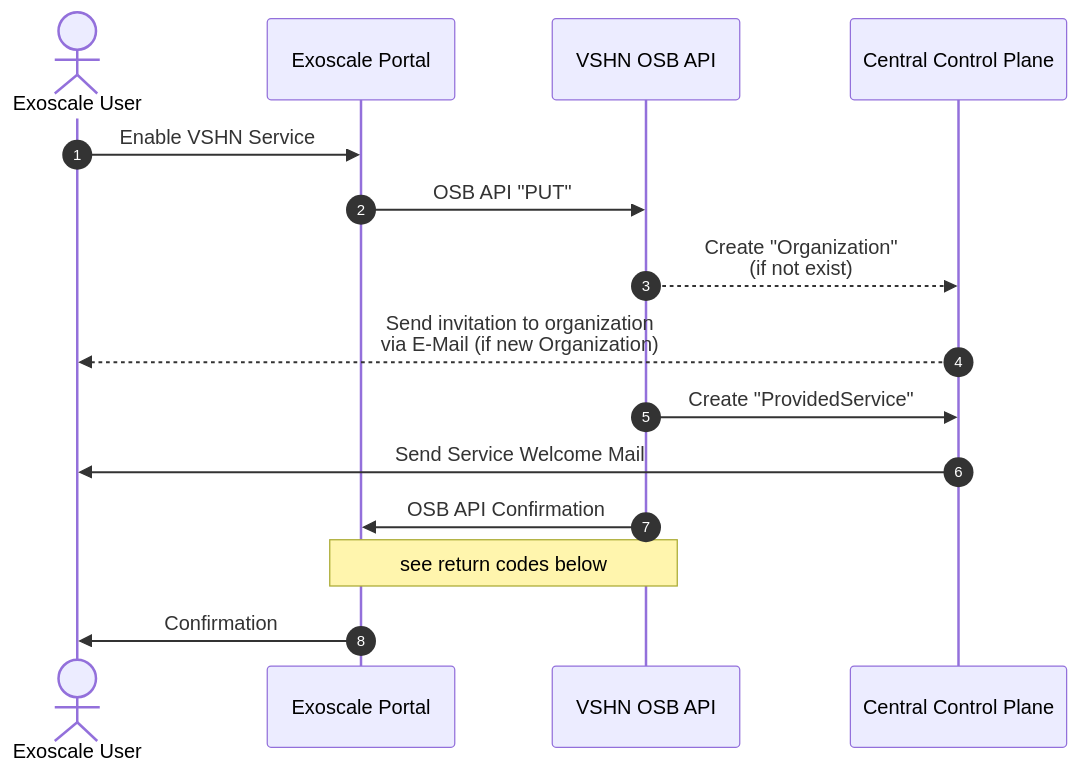
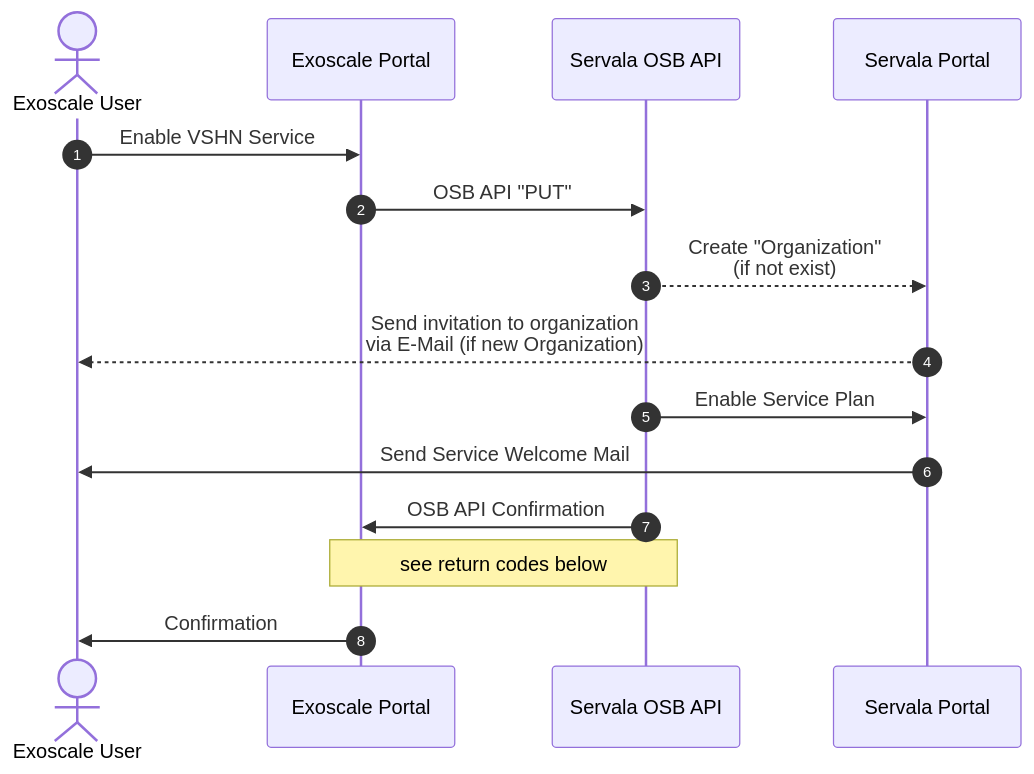
One commit to vshn/application-catalog-docs changed the second of 4 diagrams in docs/modules/ROOT/pages/csp/exoscale/osbapiv2.adoc. Above: the diagram before and after it, drawn with Mermaid. The commit also changed other lines of this file, not shown here.

Commit message:
wip rework exoscale OSB API

```diff
--- a/docs/modules/ROOT/pages/csp/exoscale/osbapiv2.adoc
+++ b/docs/modules/ROOT/pages/csp/exoscale/osbapiv2.adoc
@@ -100,19 +99,19 @@
 [mermaid,onboarding,png]
 ....
 sequenceDiagram
     autonumber
     actor EU as Exoscale User
     participant EP as Exoscale Portal
-    participant VCA as VSHN OSB API
-    participant CCP as Central Control Plane
+    participant VCA as Servala OSB API
+    participant CCP as Servala Portal
 
     EU->>EP: Enable VSHN Service
     EP->>VCA: OSB API "PUT"
     VCA-->>CCP: Create "Organization"<br/>(if not exist)
     CCP-->>EU: Send invitation to organization<br/> via E-Mail (if new Organization)
-    VCA->>CCP: Create "ProvidedService"
+    VCA->>CCP: Enable Service Plan
     CCP->>EU: Send Service Welcome Mail
     VCA->>EP: OSB API Confirmation
     Note over VCA,EP: see return codes below
     EP->>EU: Confirmation
 ....
```
